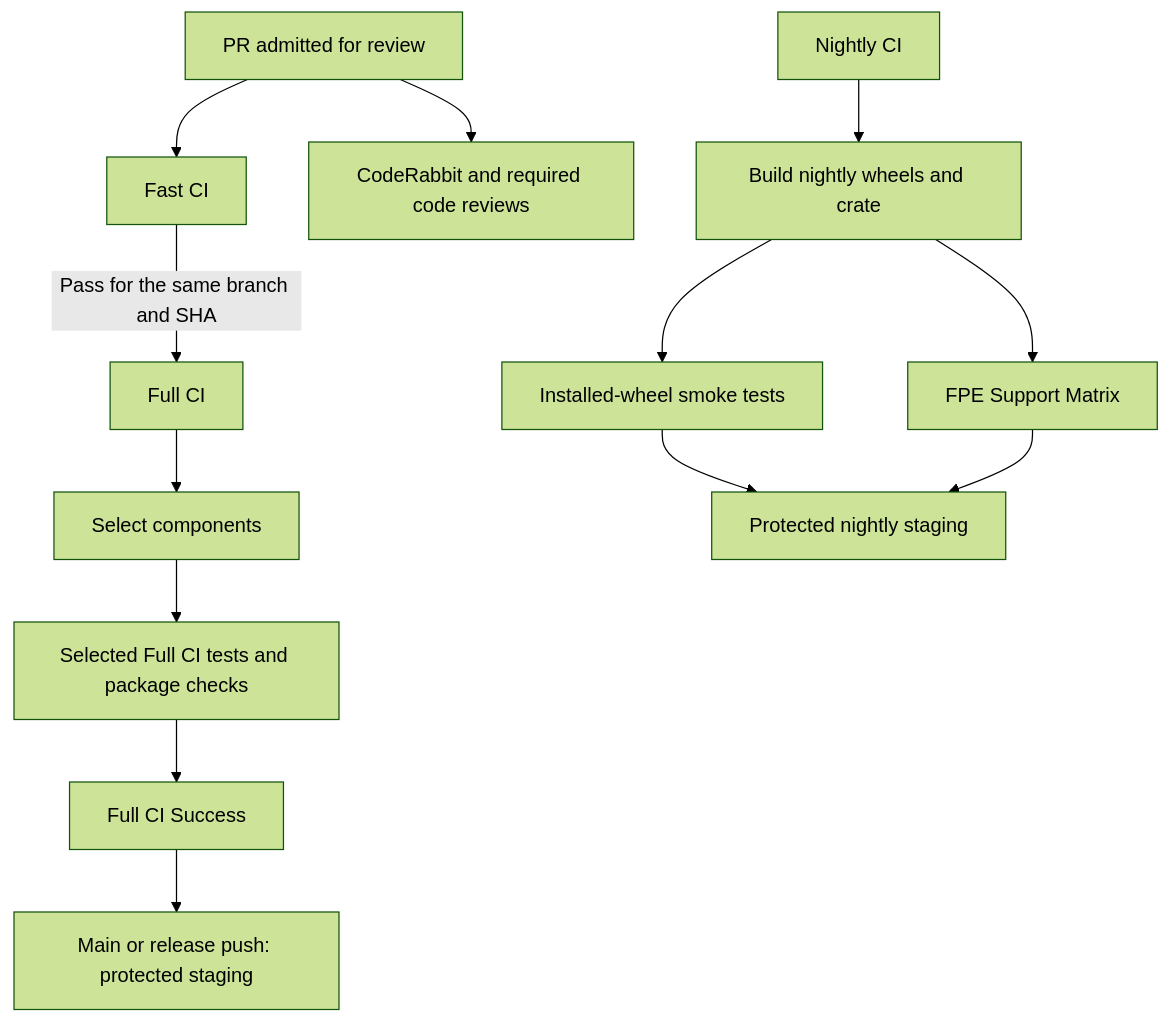
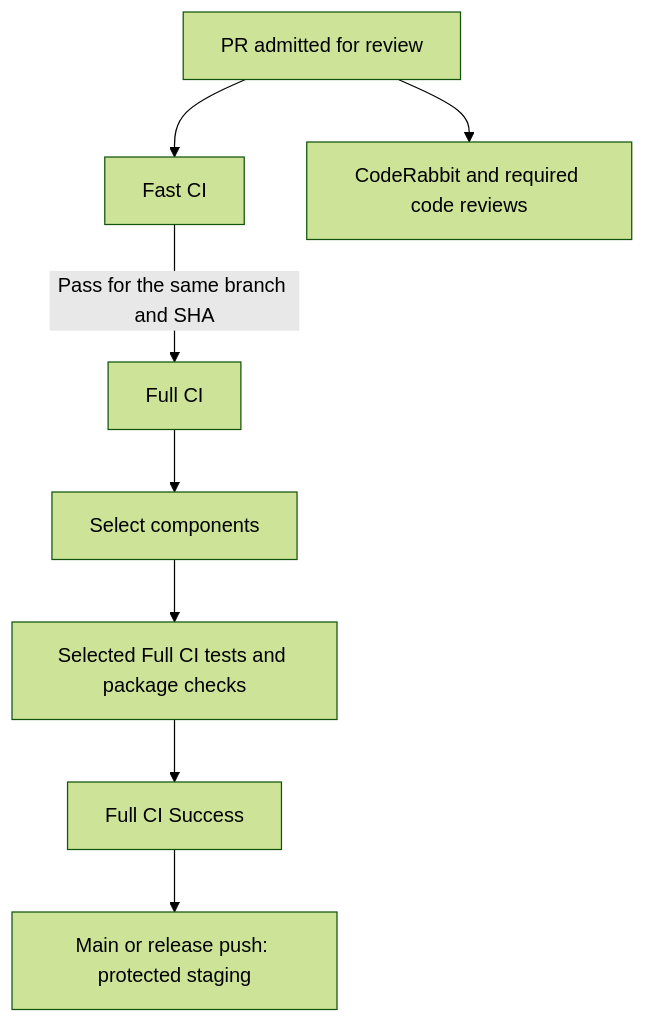
Before and after one commit to ai-dynamo/aisimulate: the first of 2 diagrams in docs/ci.md, drawn with Mermaid (forest theme). The commit also changed other lines of this file, not shown here.

Commit message:
docs(ci): map nightly FPE workflows and Pages publication

````diff
--- a/docs/ci.md
+++ b/docs/ci.md
@@ -39,15 +43,10 @@
 ```mermaid
 flowchart TD
     PR[PR admitted for review] --> Fast[Fast CI]
     PR --> Review[CodeRabbit and required code reviews]
     Fast -->|Pass for the same branch and SHA| Full[Full CI]
     Full --> Scope[Select components]
     Scope --> Checks[Selected Full CI tests and package checks]
     Checks --> Success[Full CI Success]
     Success --> Stage[Main or release push: protected staging]
-    Nightly[Nightly CI] --> Build[Build nightly wheels and crate]
-    Build --> Smoke[Installed-wheel smoke tests]
-    Build --> FPE[FPE Support Matrix]
-    Smoke --> Publish[Protected nightly staging]
-    FPE --> Publish
 ```
````
